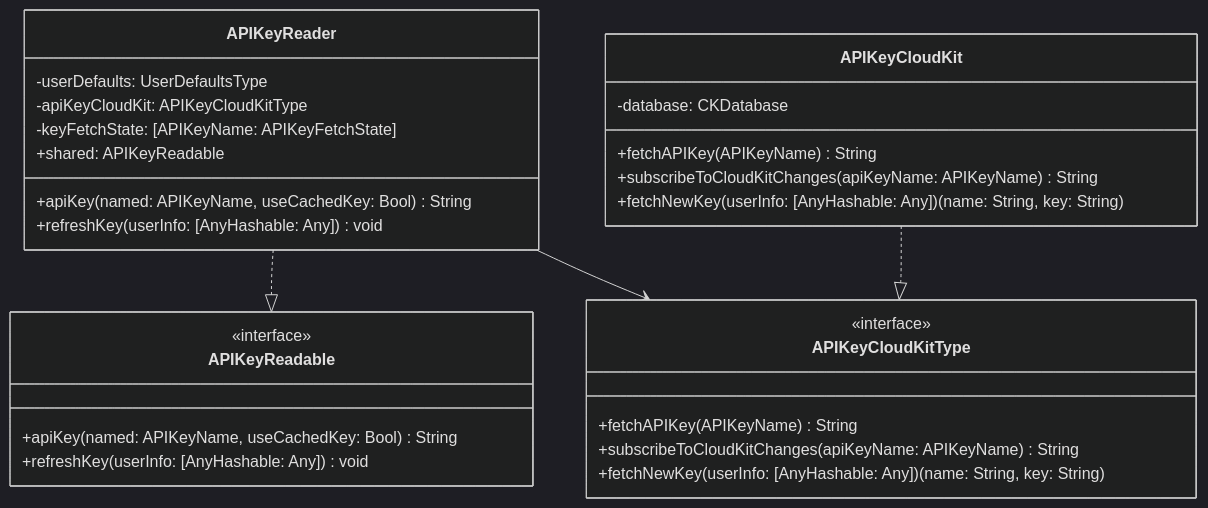
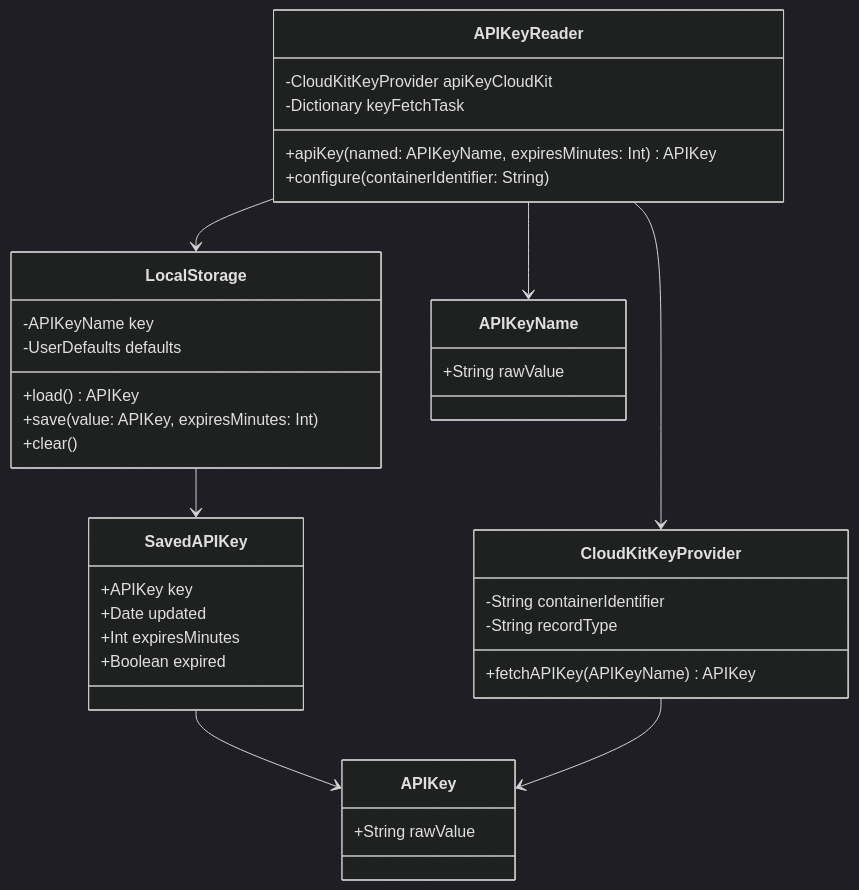
One commit to kraigspear/APIKeyReader changed the first of 3 diagrams in Docs/readme.md. Above: the diagram before and after it, drawn with Mermaid (dark theme). The commit also changed other lines of this file and 4 other files, not shown here.

````diff
--- a/Docs/readme.md
+++ b/Docs/readme.md
@@ -20,35 +15,46 @@
 ```mermaid
 classDiagram
-    class APIKeyReadable {
-        <<interface>>
-        +apiKey(named: APIKeyName, useCachedKey: Bool) String
-        +refreshKey(userInfo: [AnyHashable: Any]) void
+    class APIKeyReader {
+        -CloudKitKeyProvider apiKeyCloudKit
+        -Dictionary keyFetchTask
+        +apiKey(named: APIKeyName, expiresMinutes: Int) APIKey
+        +configure(containerIdentifier: String)
     }
     
-    class APIKeyReader {
-        -userDefaults: UserDefaultsType
-        -apiKeyCloudKit: APIKeyCloudKitType
-        -keyFetchState: [APIKeyName: APIKeyFetchState]
-        +shared: APIKeyReadable
-        +apiKey(named: APIKeyName, useCachedKey: Bool) String
-        +refreshKey(userInfo: [AnyHashable: Any]) void
+    class CloudKitKeyProvider {
+        -String containerIdentifier
+        -String recordType
+        +fetchAPIKey(APIKeyName) APIKey
     }
     
-    class APIKeyCloudKitType {
-        <<interface>>
-        +fetchAPIKey(APIKeyName) String
-        +subscribeToCloudKitChanges(apiKeyName: APIKeyName) String
-        +fetchNewKey(userInfo: [AnyHashable: Any]) (name: String, key: String)
+    class LocalStorage {
+        -APIKeyName key
+        -UserDefaults defaults
+        +load() APIKey
+        +save(value: APIKey, expiresMinutes: Int)
+        +clear()
     }
     
-    class APIKeyCloudKit {
-        -database: CKDatabase
-        +fetchAPIKey(APIKeyName) String
-        +subscribeToCloudKitChanges(apiKeyName: APIKeyName) String
-        +fetchNewKey(userInfo: [AnyHashable: Any]) (name: String, key: String)
+    class SavedAPIKey {
+        +APIKey key
+        +Date updated
+        +Int expiresMinutes
+        +Boolean expired
     }
     
-    APIKeyReader ..|> APIKeyReadable
-    APIKeyCloudKit ..|> APIKeyCloudKitType
-    APIKeyReader --> APIKeyCloudKitType
+    class APIKey {
+        +String rawValue
+    }
+    
+    class APIKeyName {
+        +String rawValue
+    }
+    
+    APIKeyReader --> CloudKitKeyProvider
+    APIKeyReader --> LocalStorage
+    LocalStorage --> SavedAPIKey
+    SavedAPIKey --> APIKey
+    CloudKitKeyProvider --> APIKey
+    APIKeyReader --> APIKeyName
+
 ```
````
